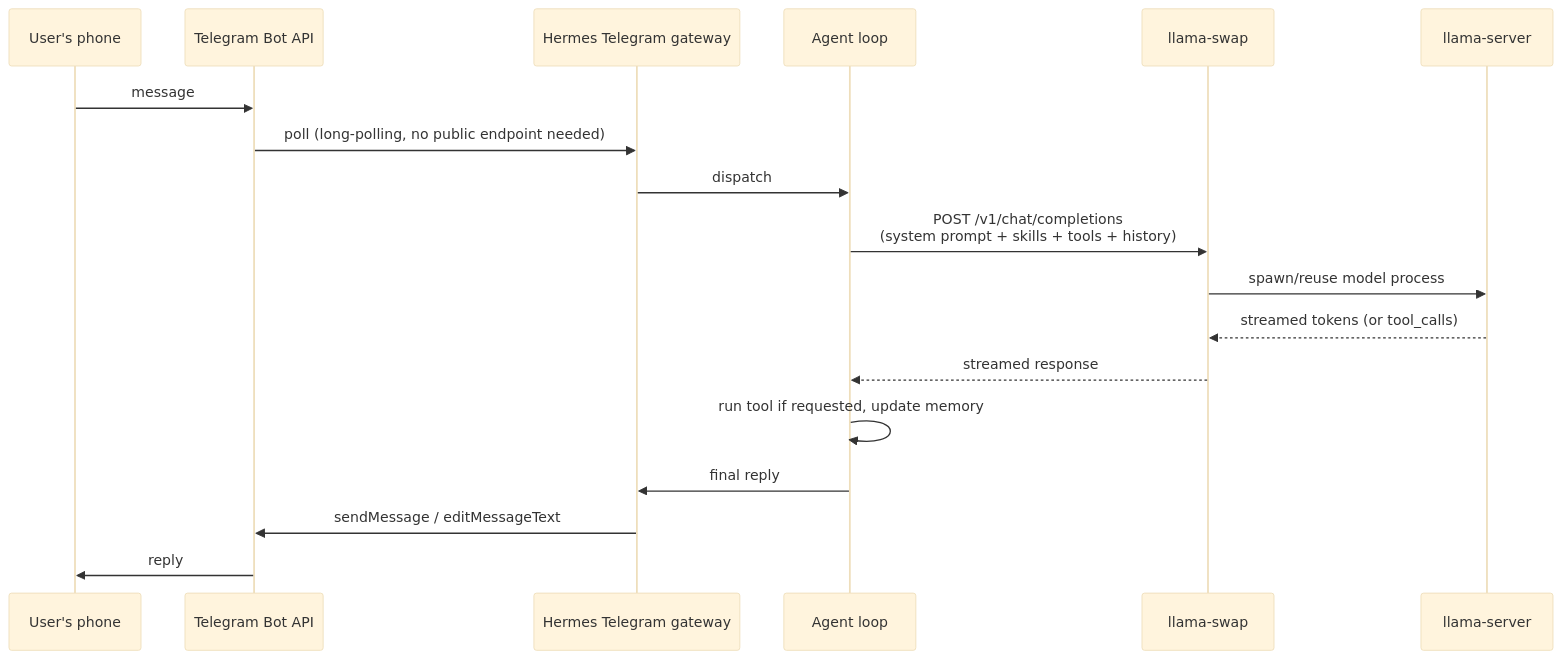
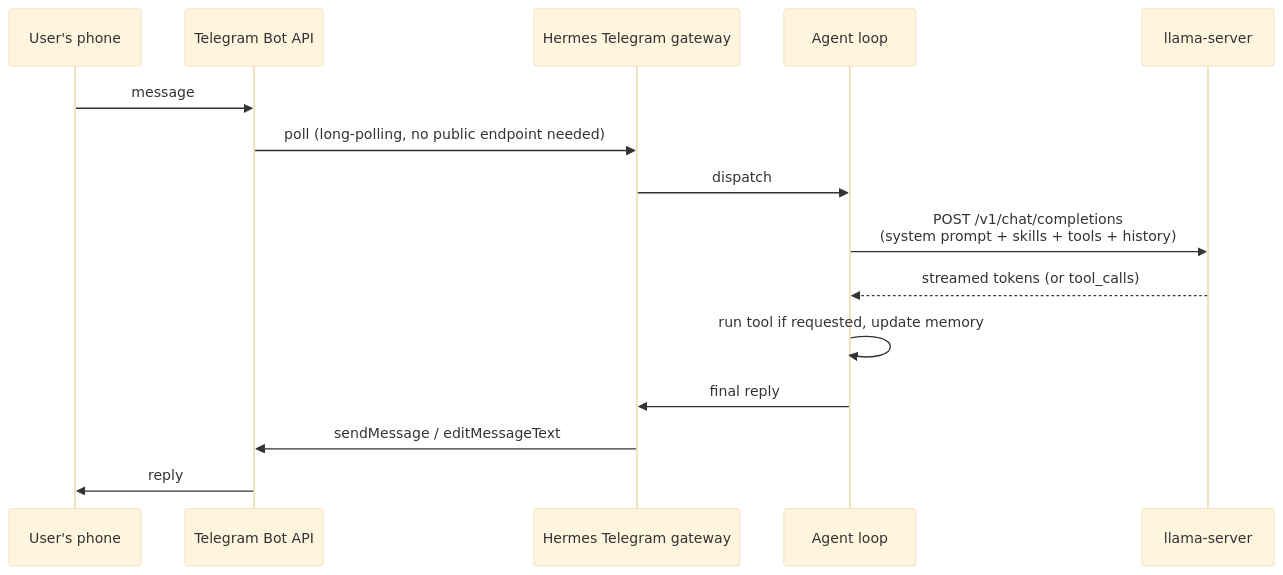
One commit to ka8t/Hermes changed the fourth of 6 diagrams in docs/ARCHITECTURE.md. Above: the diagram before and after it, drawn with Mermaid (base theme). The commit also changed other lines of this file and 18 other files, not shown here.

````diff
--- a/docs/ARCHITECTURE.md
+++ b/docs/ARCHITECTURE.md
@@ -152,21 +164,18 @@
 ```mermaid
 sequenceDiagram
     participant U as User's phone
     participant TG as Telegram Bot API
     participant GW as Hermes Telegram gateway
     participant AL as Agent loop
-    participant LS as llama-swap
     participant LC as llama-server
 
     U->>TG: message
     TG->>GW: poll (long-polling, no public endpoint needed)
     GW->>AL: dispatch
-    AL->>LS: POST /v1/chat/completions<br/>(system prompt + skills + tools + history)
-    LS->>LC: spawn/reuse model process
-    LC-->>LS: streamed tokens (or tool_calls)
-    LS-->>AL: streamed response
+    AL->>LC: POST /v1/chat/completions<br/>(system prompt + skills + tools + history)
+    LC-->>AL: streamed tokens (or tool_calls)
     AL->>AL: run tool if requested, update memory
     AL->>GW: final reply
     GW->>TG: sendMessage / editMessageText
     TG->>U: reply
 ```
````
